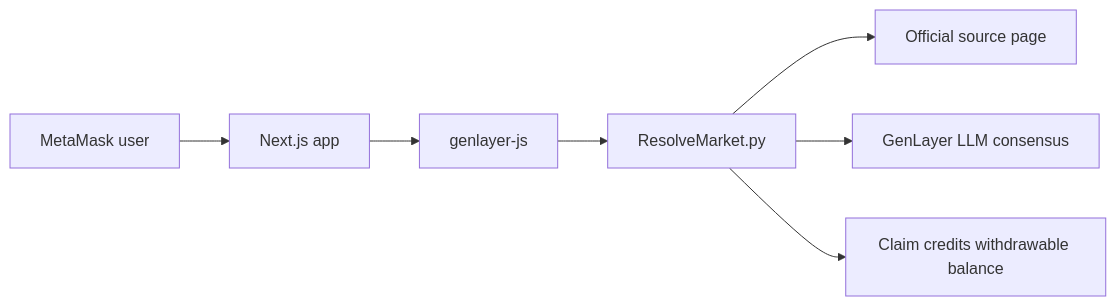
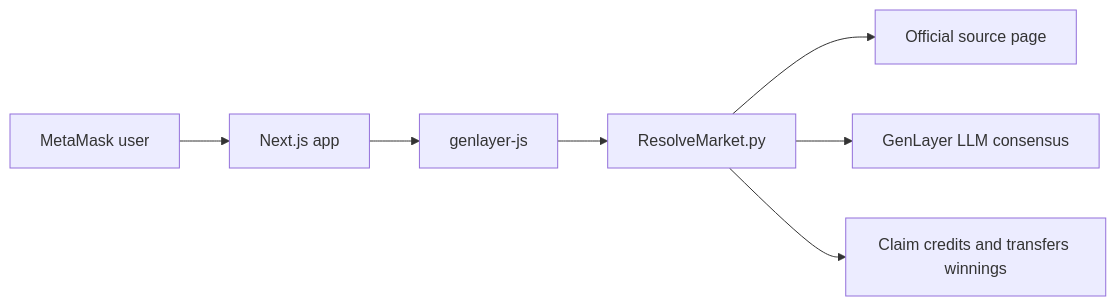
The diagram in README.md (s70239176-ctrl/ResolveMarket), drawn with Mermaid before and after one commit. The commit also changed other lines of this file and 2 other files, not shown here.

Commit message:
Enable withdrawals and appeals

````diff
--- a/README.md
+++ b/README.md
@@ -5,9 +5,9 @@
 ```mermaid
 flowchart LR
   User[MetaMask user] --> UI[Next.js app]
   UI --> SDK[genlayer-js]
   SDK --> IC[ResolveMarket.py]
   IC --> WEB[Official source page]
   IC --> LLM[GenLayer LLM consensus]
-  IC --> PAY[Claim credits withdrawable balance]
+  IC --> PAY[Claim credits and transfers winnings]
 ```
````
